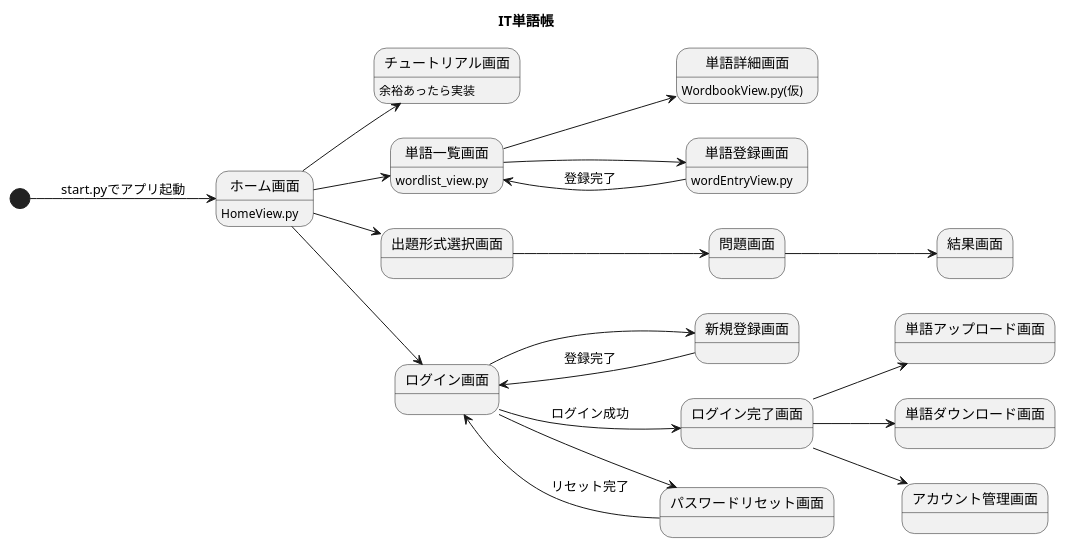
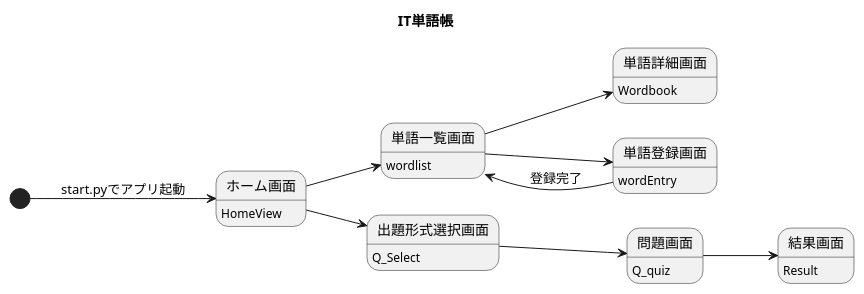
Before and after one commit to Kano0110/ITLearningSupport: the diagram in 資料/画面遷移図.pu, drawn with PlantUML. The commit also changed 3 other files, not shown here.

```diff
--- a/資料/画面遷移図.pu
+++ b/資料/画面遷移図.pu
@@ -1,39 +1,27 @@
 @startuml ITwordbook
 
 left to right direction
 title IT単語帳
 
 [*] --> ホーム画面 : start.pyでアプリ起動
 
-ホーム画面 --> チュートリアル画面
 ホーム画面 --> 単語一覧画面
 ホーム画面 --> 出題形式選択画面
-ホーム画面 --> ログイン画面
 
 単語一覧画面 --> 単語詳細画面
 単語一覧画面 --> 単語登録画面
 
 単語登録画面 --> 単語一覧画面 : 登録完了
 
 出題形式選択画面 --> 問題画面
 問題画面 --> 結果画面
 
-ログイン画面 --> 新規登録画面
-ログイン画面 --> ログイン完了画面 : ログイン成功
-ログイン画面 --> パスワードリセット画面
-
-ログイン完了画面 --> 単語アップロード画面
-ログイン完了画面 --> 単語ダウンロード画面
-ログイン完了画面 -->アカウント管理画面
-
-新規登録画面 --> ログイン画面 : 登録完了
-
-パスワードリセット画面 --> ログイン画面 : リセット完了
-
-state ホーム画面 : HomeView.py
-state 単語一覧画面 : wordlist_view.py
-state 単語詳細画面 : WordbookView.py(仮)
-state 単語登録画面 : wordEntryView.py
-state チュートリアル画面 : 余裕あったら実装
+state ホーム画面 : HomeView
+state 単語一覧画面 : wordlist
+state 単語詳細画面 : Wordbook
+state 単語登録画面 : wordEntry
+state 出題形式選択画面 : Q_Select
+state 問題画面 : Q_quiz
+state 結果画面 : Result
 
 @enduml
```
